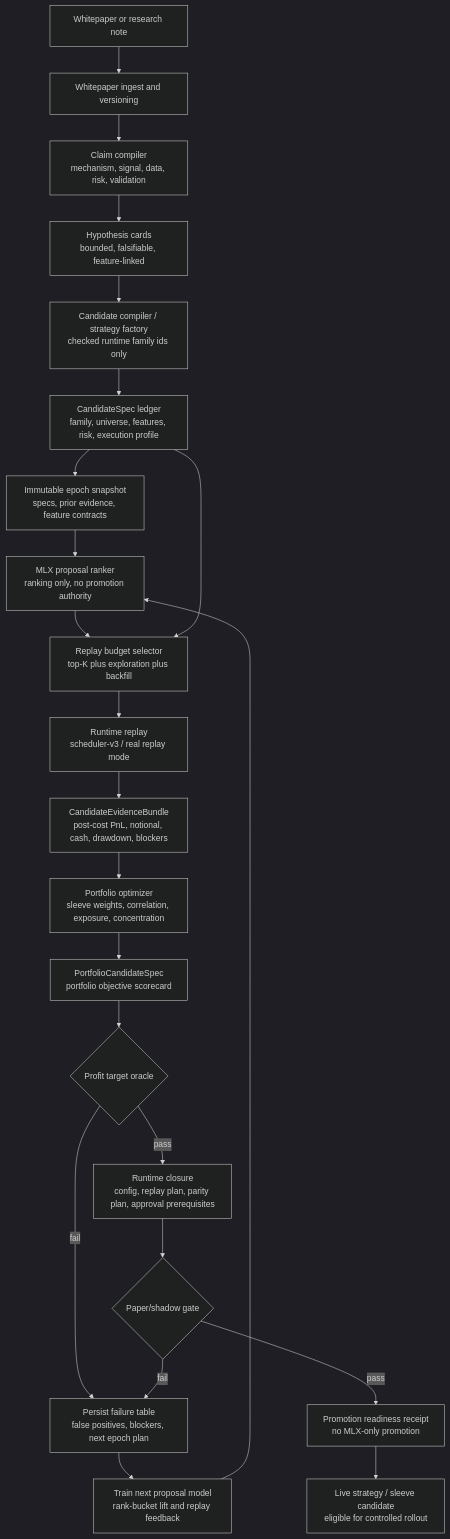
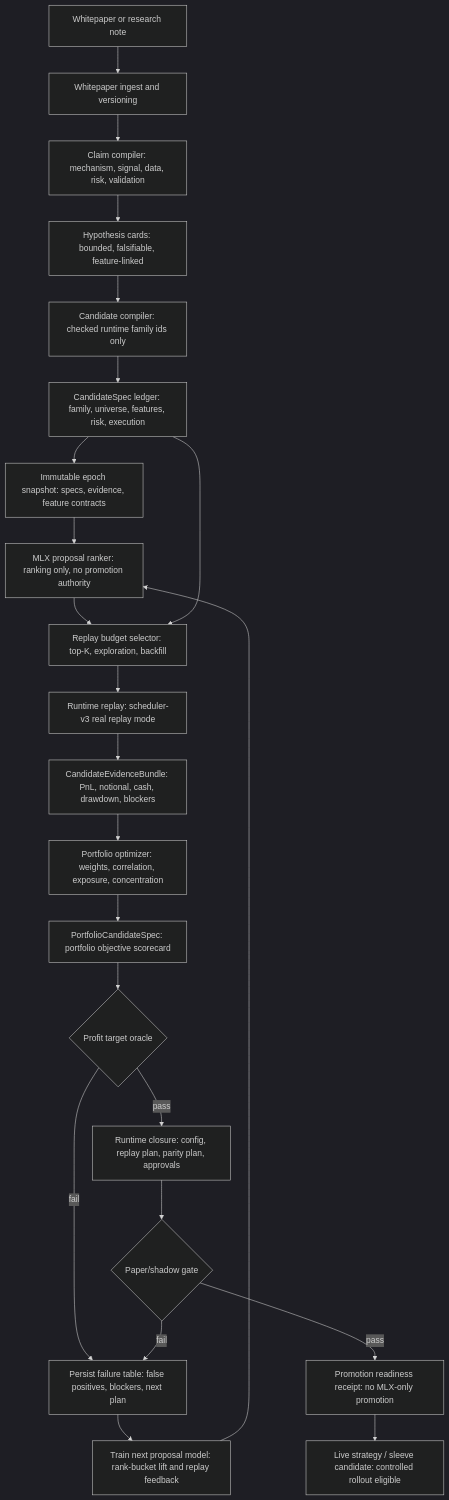
One commit to proompteng/lab changed the first of 3 diagrams in docs/torghut/design-system/v6/214-torghut-current-whitepaper-to-profitable-strategy-workflow-2026-05-16.md. Above: the diagram before and after it, drawn with Mermaid (dark theme). The commit also changed other lines of this file, not shown here.

Commit message:
docs(torghut): remove mermaid label line breaks

````diff
--- a/docs/torghut/design-system/v6/214-torghut-current-whitepaper-to-profitable-strategy-workflow-2026-05-16.md
+++ b/docs/torghut/design-system/v6/214-torghut-current-whitepaper-to-profitable-strategy-workflow-2026-05-16.md
@@ -16,29 +16,29 @@
 ```mermaid
 flowchart TD
   Paper["Whitepaper or research note"] --> Ingest["Whitepaper ingest and versioning"]
-  Ingest --> Claims["Claim compiler<br/>mechanism, signal, data, risk, validation"]
-  Claims --> Cards["Hypothesis cards<br/>bounded, falsifiable, feature-linked"]
-  Cards --> Factory["Candidate compiler / strategy factory<br/>checked runtime family ids only"]
-  Factory --> Specs["CandidateSpec ledger<br/>family, universe, features, risk, execution profile"]
+  Ingest --> Claims["Claim compiler: mechanism, signal, data, risk, validation"]
+  Claims --> Cards["Hypothesis cards: bounded, falsifiable, feature-linked"]
+  Cards --> Factory["Candidate compiler: checked runtime family ids only"]
+  Factory --> Specs["CandidateSpec ledger: family, universe, features, risk, execution"]
 
-  Specs --> Snapshot["Immutable epoch snapshot<br/>specs, prior evidence, feature contracts"]
-  Snapshot --> MLX["MLX proposal ranker<br/>ranking only, no promotion authority"]
-  MLX --> Budget["Replay budget selector<br/>top-K plus exploration plus backfill"]
+  Specs --> Snapshot["Immutable epoch snapshot: specs, evidence, feature contracts"]
+  Snapshot --> MLX["MLX proposal ranker: ranking only, no promotion authority"]
+  MLX --> Budget["Replay budget selector: top-K, exploration, backfill"]
   Specs --> Budget
 
-  Budget --> Replay["Runtime replay<br/>scheduler-v3 / real replay mode"]
-  Replay --> Evidence["CandidateEvidenceBundle<br/>post-cost PnL, notional, cash, drawdown, blockers"]
-  Evidence --> Optimizer["Portfolio optimizer<br/>sleeve weights, correlation, exposure, concentration"]
-  Optimizer --> Portfolio["PortfolioCandidateSpec<br/>portfolio objective scorecard"]
+  Budget --> Replay["Runtime replay: scheduler-v3 real replay mode"]
+  Replay --> Evidence["CandidateEvidenceBundle: PnL, notional, cash, drawdown, blockers"]
+  Evidence --> Optimizer["Portfolio optimizer: weights, correlation, exposure, concentration"]
+  Optimizer --> Portfolio["PortfolioCandidateSpec: portfolio objective scorecard"]
 
   Portfolio --> Oracle{"Profit target oracle"}
-  Oracle -->|"fail"| LedgerFail["Persist failure table<br/>false positives, blockers, next epoch plan"]
-  LedgerFail --> Train["Train next proposal model<br/>rank-bucket lift and replay feedback"]
+  Oracle -->|"fail"| LedgerFail["Persist failure table: false positives, blockers, next plan"]
+  LedgerFail --> Train["Train next proposal model: rank-bucket lift and replay feedback"]
   Train --> MLX
 
-  Oracle -->|"pass"| Closure["Runtime closure<br/>config, replay plan, parity plan, approval prerequisites"]
+  Oracle -->|"pass"| Closure["Runtime closure: config, replay plan, parity plan, approvals"]
   Closure --> Shadow{"Paper/shadow gate"}
   Shadow -->|"fail"| LedgerFail
-  Shadow -->|"pass"| Promotion["Promotion readiness receipt<br/>no MLX-only promotion"]
-  Promotion --> LiveSleeve["Live strategy / sleeve candidate<br/>eligible for controlled rollout"]
+  Shadow -->|"pass"| Promotion["Promotion readiness receipt: no MLX-only promotion"]
+  Promotion --> LiveSleeve["Live strategy / sleeve candidate: controlled rollout eligible"]
 ```
````
